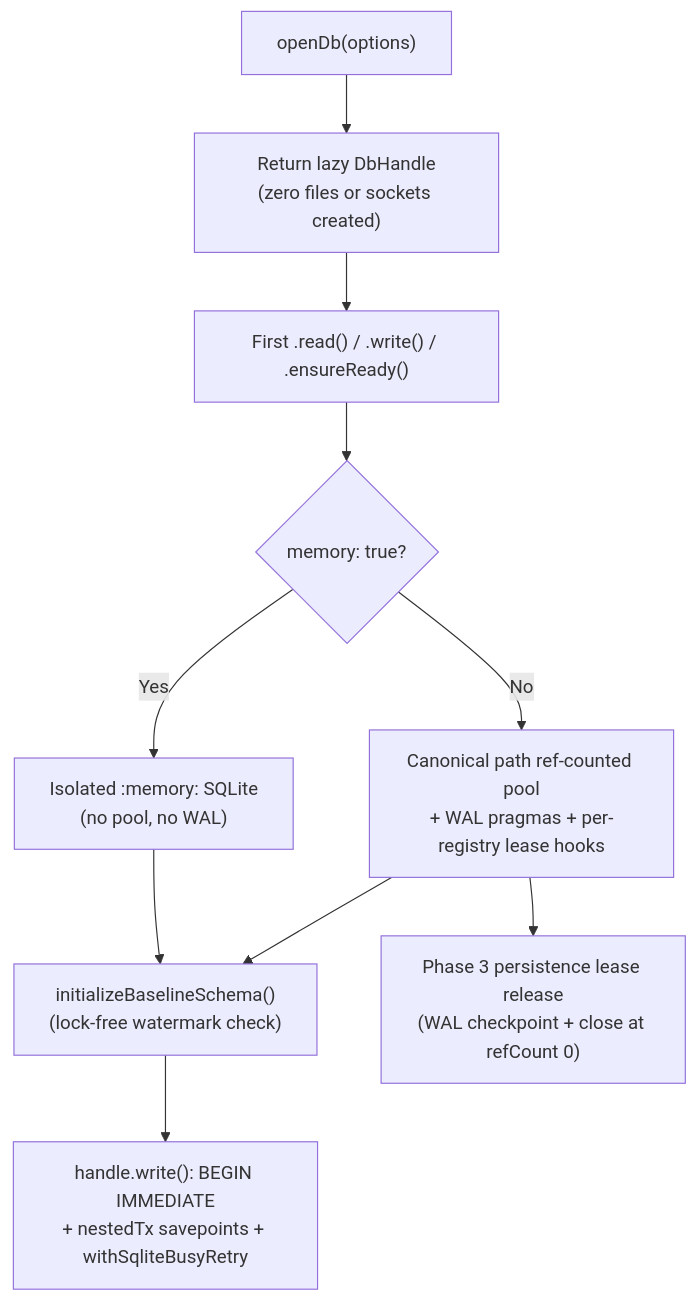
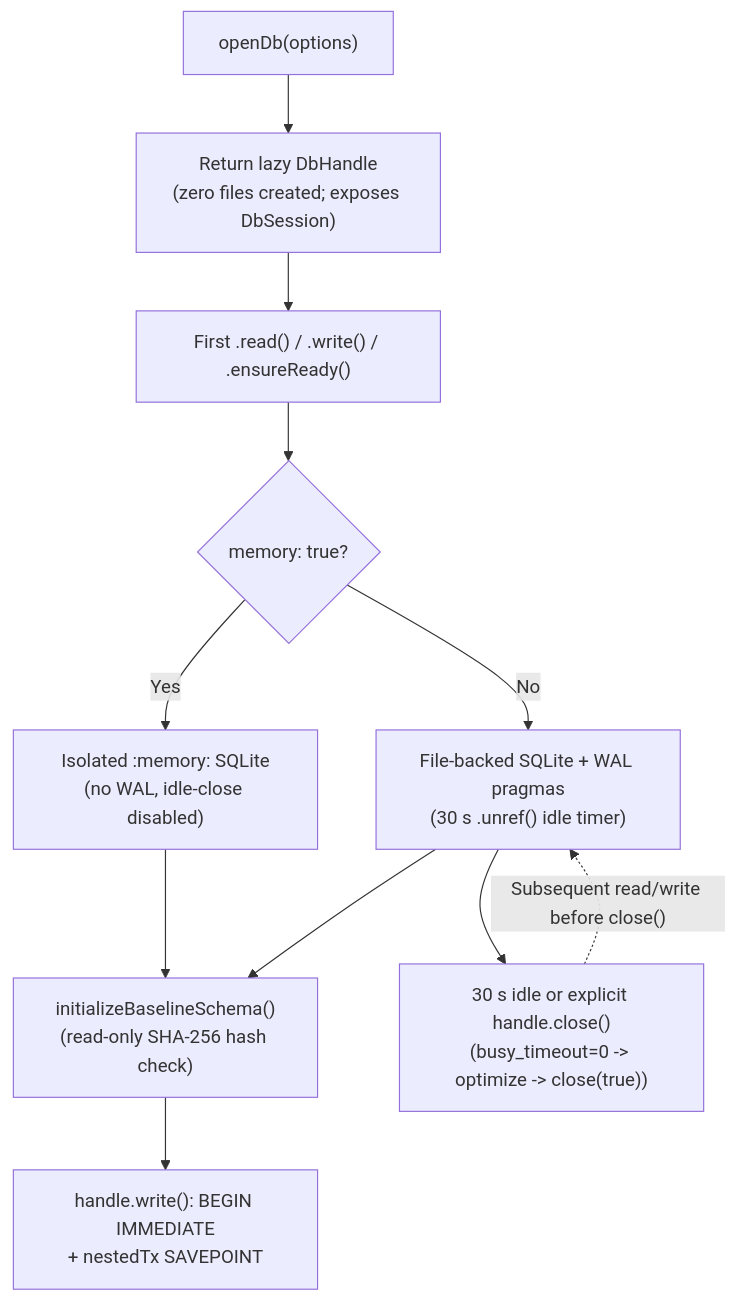
One commit to ahmedhanye/devtools changed the diagram in docs/architecture/persistence.md. Above: the diagram before and after it, drawn with Mermaid. The commit also changed other lines of this file and 5 other files, not shown here.

Commit message:
docs(architecture): sync architecture guides with layer 2 lifecycle

````diff
--- a/docs/architecture/persistence.md
+++ b/docs/architecture/persistence.md
@@ -17,12 +17,13 @@
 ```mermaid
 flowchart TD
-  Open["openDb(options)"] --> Lazy["Return lazy DbHandle<br/>(zero files or sockets created)"]
+  Open["openDb(options)"] --> Lazy["Return lazy DbHandle<br/>(zero files created; exposes DbSession)"]
   Lazy --> FirstUse["First .read() / .write() / .ensureReady()"]
-  FirstUse --> Pool{"memory: true?"}
-  Pool -- Yes --> Mem["Isolated :memory: SQLite<br/>(no pool, no WAL)"]
-  Pool -- No --> FilePool["Canonical path ref-counted pool<br/>+ WAL pragmas + per-registry lease hooks"]
-  Mem --> Init["initializeBaselineSchema()<br/>(lock-free watermark check)"]
-  FilePool --> Init
-  Init --> Write["handle.write(): BEGIN IMMEDIATE<br/>+ nestedTx savepoints + withSqliteBusyRetry"]
-  FilePool --> Shutdown["Phase 3 persistence lease release<br/>(WAL checkpoint + close at refCount 0)"]
+  FirstUse --> Kind{"memory: true?"}
+  Kind -- Yes --> Mem["Isolated :memory: SQLite<br/>(no WAL, idle-close disabled)"]
+  Kind -- No --> File["File-backed SQLite + WAL pragmas<br/>(30 s .unref() idle timer)"]
+  Mem --> Init["initializeBaselineSchema()<br/>(read-only SHA-256 hash check)"]
+  File --> Init
+  Init --> Write["handle.write(): BEGIN IMMEDIATE<br/>+ nestedTx SAVEPOINT"]
+  File --> Idle["30 s idle or explicit handle.close()<br/>(busy_timeout=0 -> optimize -> close(true))"]
+  Idle -. "Subsequent read/write before close()" .-> File
 ```
````
